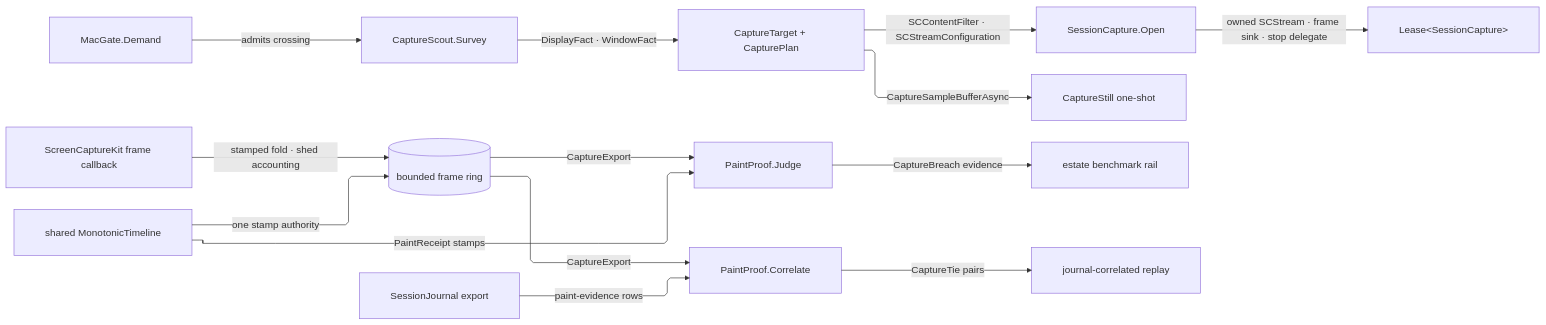
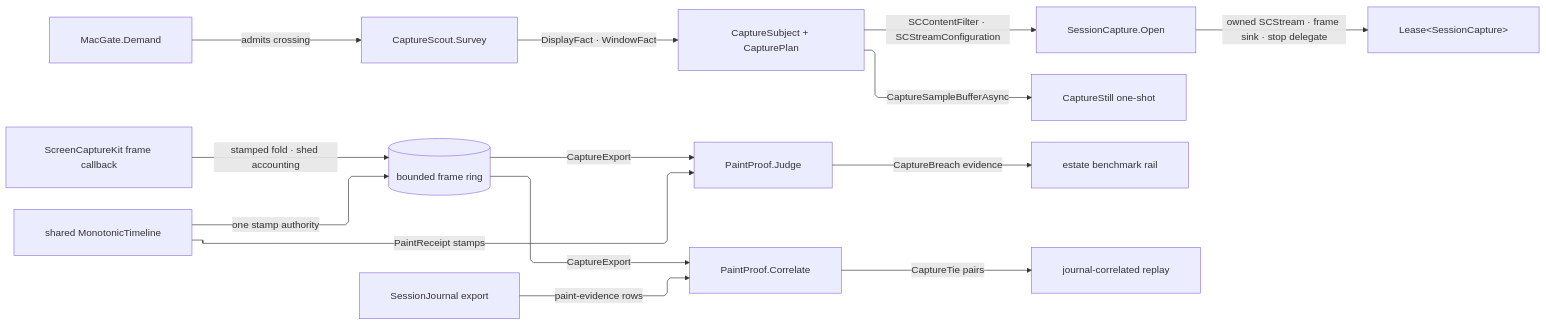
Before and after one commit to bsamiee/Rasm: the diagram in libs/csharp/Rasm.Grasshopper/.planning/Platform/capture.md, drawn with Mermaid. The commit also changed other lines of this file and 818 other files, not shown here.

````diff
--- a/libs/csharp/Rasm.Grasshopper/.planning/Platform/capture.md
+++ b/libs/csharp/Rasm.Grasshopper/.planning/Platform/capture.md
@@ -604,25 +642,25 @@
 ```mermaid
 ---
 config:
   layout: elk
   flowchart:
     curve: linear
     padding: 25
 ---
 flowchart LR
     accTitle: Lease native canvas capture and prove paint claims
     accDescr: The macOS gate admits a surveyed display or window target; a leased ScreenCaptureKit stream folds delivered frames into a stamped bounded ring, the one-shot screenshot rides the same filter and raster kernel, and the export feeds the paint-regression judgment and the journal correlation over one shared monotonic timeline.
     Gate["MacGate.Demand"] -->|"admits crossing"| Scout["CaptureScout.Survey"]
-    Scout -->|"DisplayFact · WindowFact"| Target["CaptureTarget + CapturePlan"]
+    Scout -->|"DisplayFact · WindowFact"| Target["CaptureSubject + CapturePlan"]
     Target -->|"SCContentFilter · SCStreamConfiguration"| Session["SessionCapture.Open"]
     Session -->|"owned SCStream · frame sink · stop delegate"| Lease["Lease&lt;SessionCapture&gt;"]
     Stream["ScreenCaptureKit frame callback"] -->|"stamped fold · shed accounting"| Ring[("bounded frame ring")]
     Target -->|"CaptureSampleBufferAsync"| Still["CaptureStill one-shot"]
     Timeline["shared MonotonicTimeline"] -->|"one stamp authority"| Ring
     Timeline -->|"PaintReceipt stamps"| Proof["PaintProof.Judge"]
     Ring -->|"CaptureExport"| Proof
     Ring -->|"CaptureExport"| Tie["PaintProof.Correlate"]
     Journal["SessionJournal export"] -->|"paint-evidence rows"| Tie
     Proof -->|"CaptureBreach evidence"| Regression["estate benchmark rail"]
     Tie -->|"CaptureTie pairs"| Replay["journal-correlated replay"]
 ```
````
